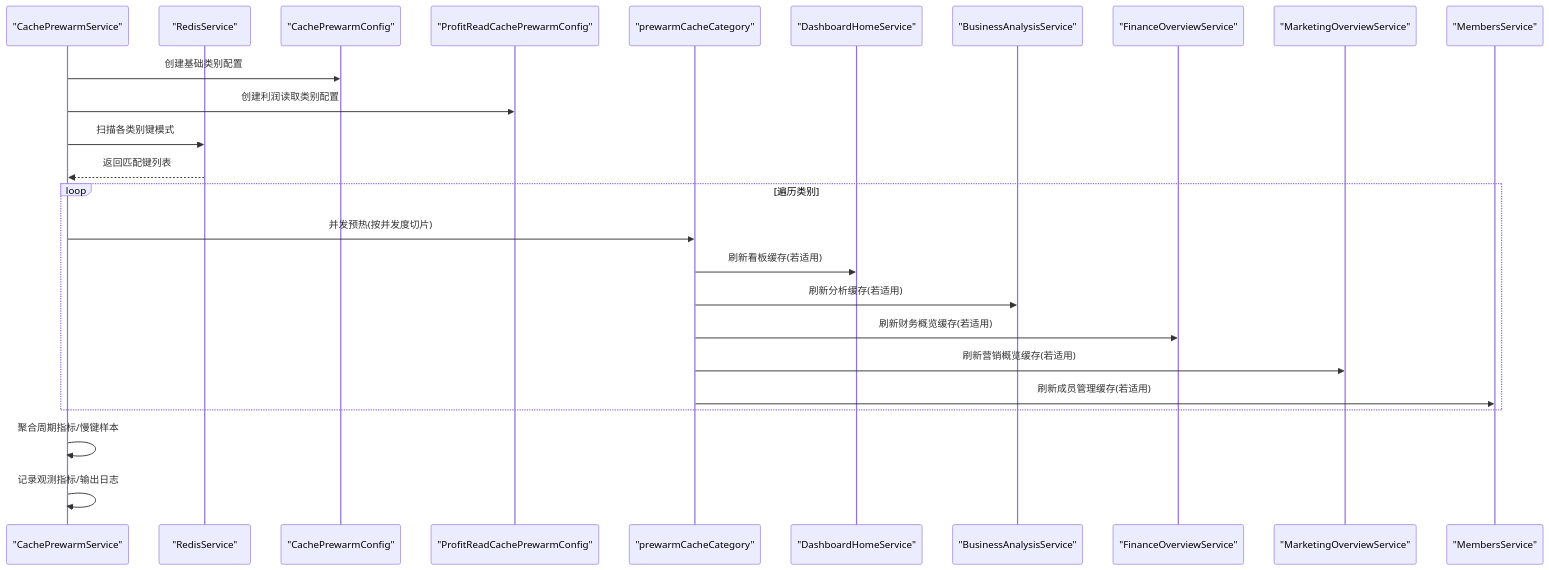
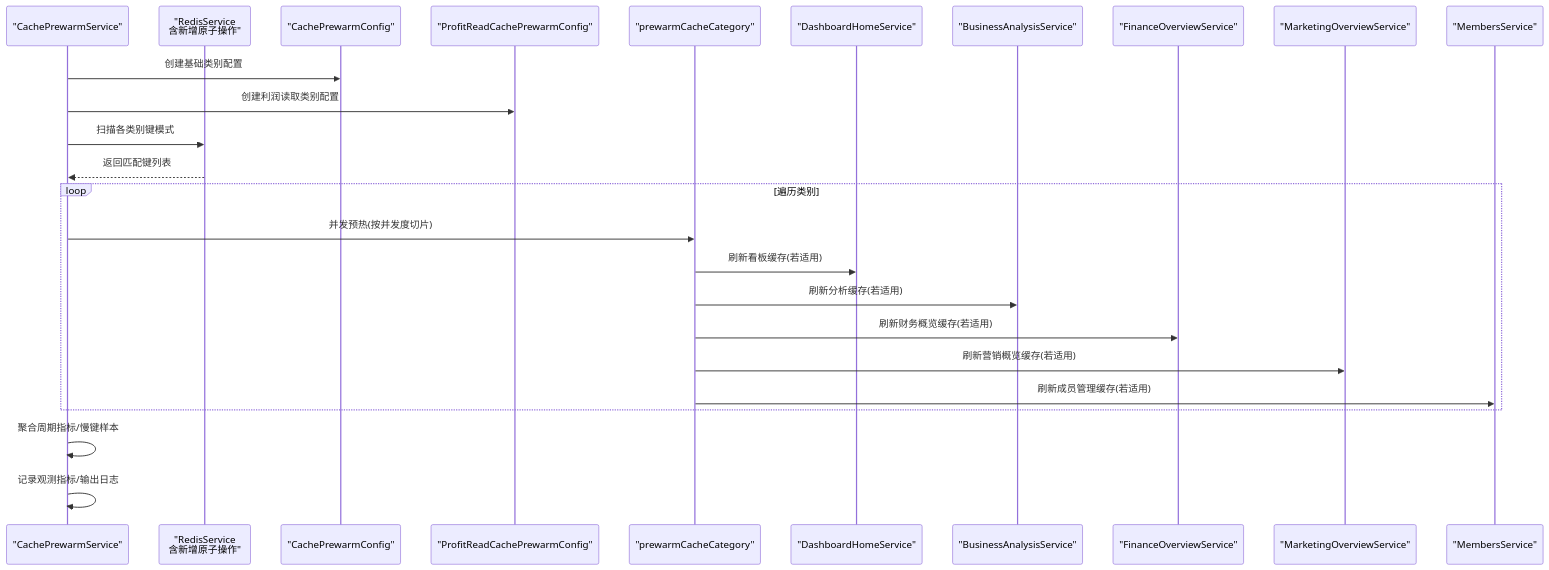
Before and after one commit to rc558620/purelyprofit-server: the second of 9 diagrams in .qoder/repowiki/zh/content/缓存系统/缓存系统.md, drawn with Mermaid. The commit also changed other lines of this file and 65 other files, not shown here.

````diff
--- a/.qoder/repowiki/zh/content/缓存系统/缓存系统.md
+++ b/.qoder/repowiki/zh/content/缓存系统/缓存系统.md
@@ -152,27 +157,27 @@
 ```mermaid
 sequenceDiagram
 participant Svc as "CachePrewarmService"
-participant Redis as "RedisService"
+participant Redis as "RedisService<br/>含新增原子操作"
 participant Cfg as "CachePrewarmConfig"
 participant ProfitCfg as "ProfitReadCachePrewarmConfig"
 participant Exec as "prewarmCacheCategory"
 participant BizDH as "DashboardHomeService"
 participant BizBA as "BusinessAnalysisService"
 participant BizFO as "FinanceOverviewService"
 participant BizMO as "MarketingOverviewService"
 participant BizMEM as "MembersService"
 Svc->>Cfg : 创建基础类别配置
 Svc->>ProfitCfg : 创建利润读取类别配置
 Svc->>Redis : 扫描各类别键模式
 Redis-->>Svc : 返回匹配键列表
 loop 遍历类别
 Svc->>Exec : 并发预热(按并发度切片)
 Exec->>BizDH : 刷新看板缓存(若适用)
 Exec->>BizBA : 刷新分析缓存(若适用)
 Exec->>BizFO : 刷新财务概览缓存(若适用)
 Exec->>BizMO : 刷新营销概览缓存(若适用)
 Exec->>BizMEM : 刷新成员管理缓存(若适用)
 end
 Svc->>Svc : 聚合周期指标/慢键样本
 Svc->>Svc : 记录观测指标/输出日志
 ```
````
